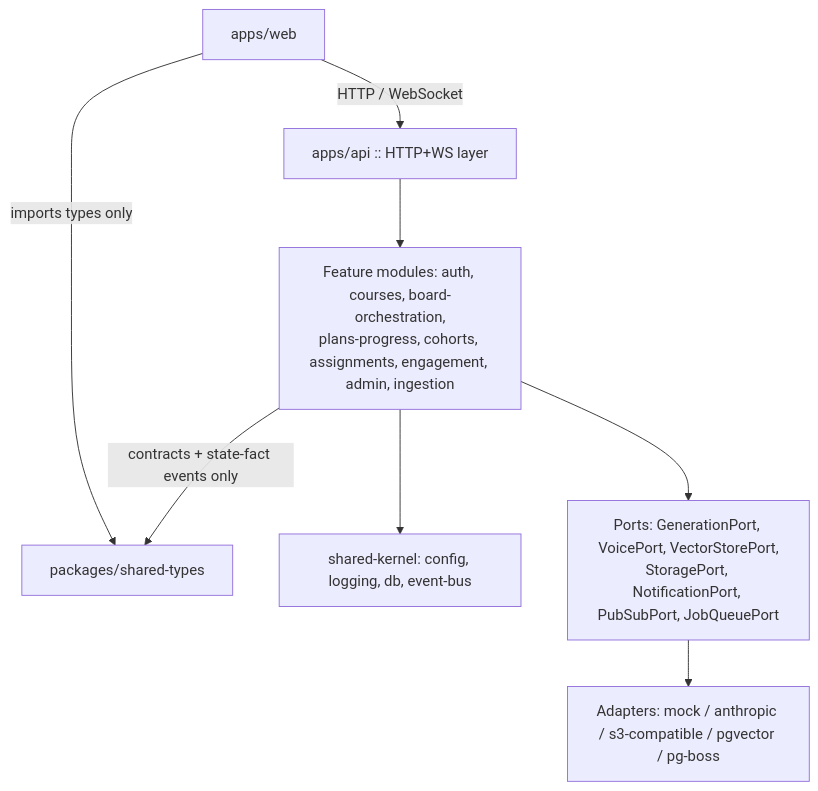
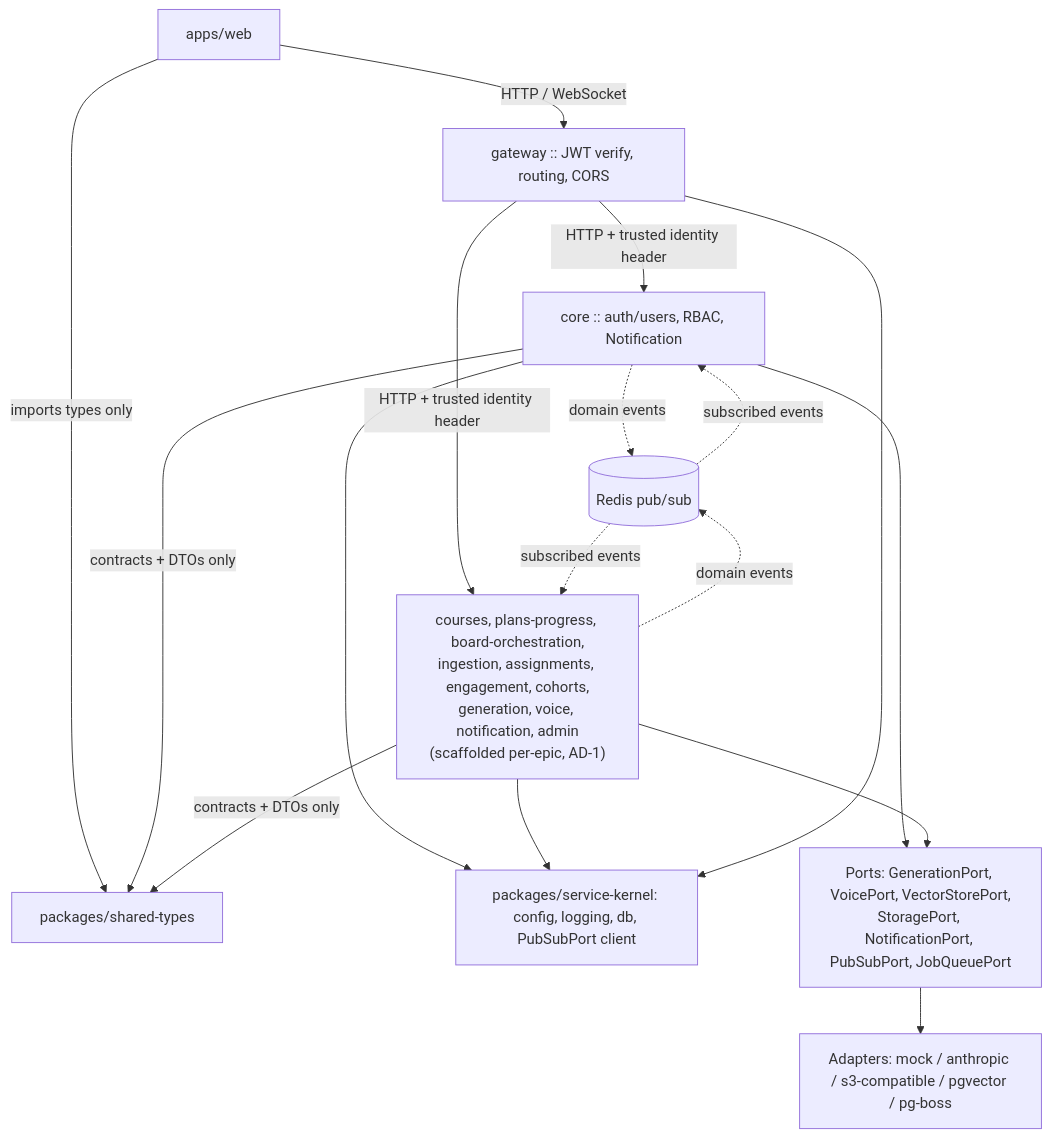
One commit to hemsingh81/usavvy changed the first of 2 diagrams in _AI-Agile-Development/planning-artifacts/architecture/architecture-USavvy-2026-08-04/ARCHITECTURE-SPINE.md. Above: the diagram before and after it, drawn with Mermaid. The commit also changed other lines of this file and 39 other files, not shown here.

First line of the commit message:
Story 1.0 checkpoint 2: pivot to microservices, gateway+core skeleton

````diff
--- a/_AI-Agile-Development/planning-artifacts/architecture/architecture-USavvy-2026-08-04/ARCHITECTURE-SPINE.md
+++ b/_AI-Agile-Development/planning-artifacts/architecture/architecture-USavvy-2026-08-04/ARCHITECTURE-SPINE.md
@@ -102,12 +105,23 @@
 ```mermaid
 graph TD
   Web["apps/web"] -->|imports types only| Shared["packages/shared-types"]
-  Web -->|HTTP / WebSocket| HTTP["apps/api :: HTTP+WS layer"]
-  HTTP --> Modules["Feature modules: auth, courses, board-orchestration,
-plans-progress, cohorts, assignments, engagement, admin, ingestion"]
-  Modules --> Kernel["shared-kernel: config, logging, db, event-bus"]
-  Modules --> Ports["Ports: GenerationPort, VoicePort, VectorStorePort,
+  Web -->|HTTP / WebSocket| GW["gateway :: JWT verify, routing, CORS"]
+  GW -->|HTTP + trusted identity header| Core["core :: auth/users, RBAC, Notification"]
+  GW -->|HTTP + trusted identity header| Others["courses, plans-progress, board-orchestration,
+ingestion, assignments, engagement, cohorts,
+generation, voice, notification, admin
+(scaffolded per-epic, AD-1)"]
+  Core --> Kernel["packages/service-kernel: config, logging, db, PubSubPort client"]
+  Others --> Kernel
+  GW --> Kernel
+  Core --> Ports["Ports: GenerationPort, VoicePort, VectorStorePort,
 StoragePort, NotificationPort, PubSubPort, JobQueuePort"]
+  Others --> Ports
   Ports --> Adapters["Adapters: mock / anthropic / s3-compatible / pgvector / pg-boss"]
-  Modules -->|contracts + state-fact events only| Shared
+  Core -.->|domain events| Redis[("Redis pub/sub")]
+  Others -.->|domain events| Redis
+  Redis -.->|subscribed events| Core
+  Redis -.->|subscribed events| Others
+  Core -->|contracts + DTOs only| Shared
+  Others -->|contracts + DTOs only| Shared
 ```
````
